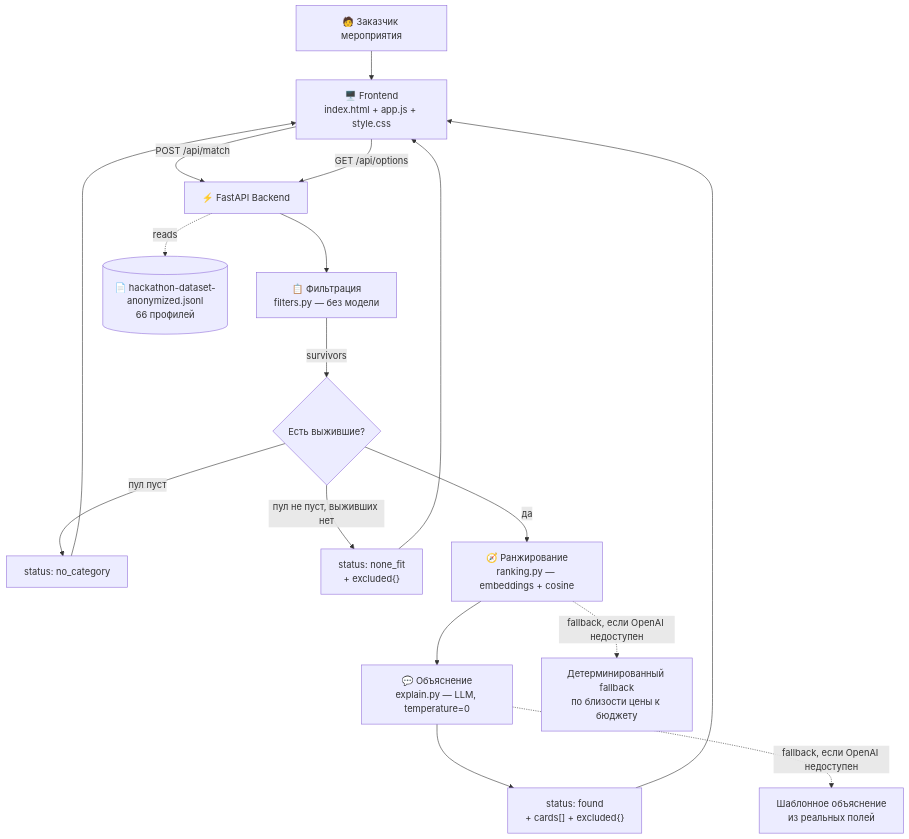
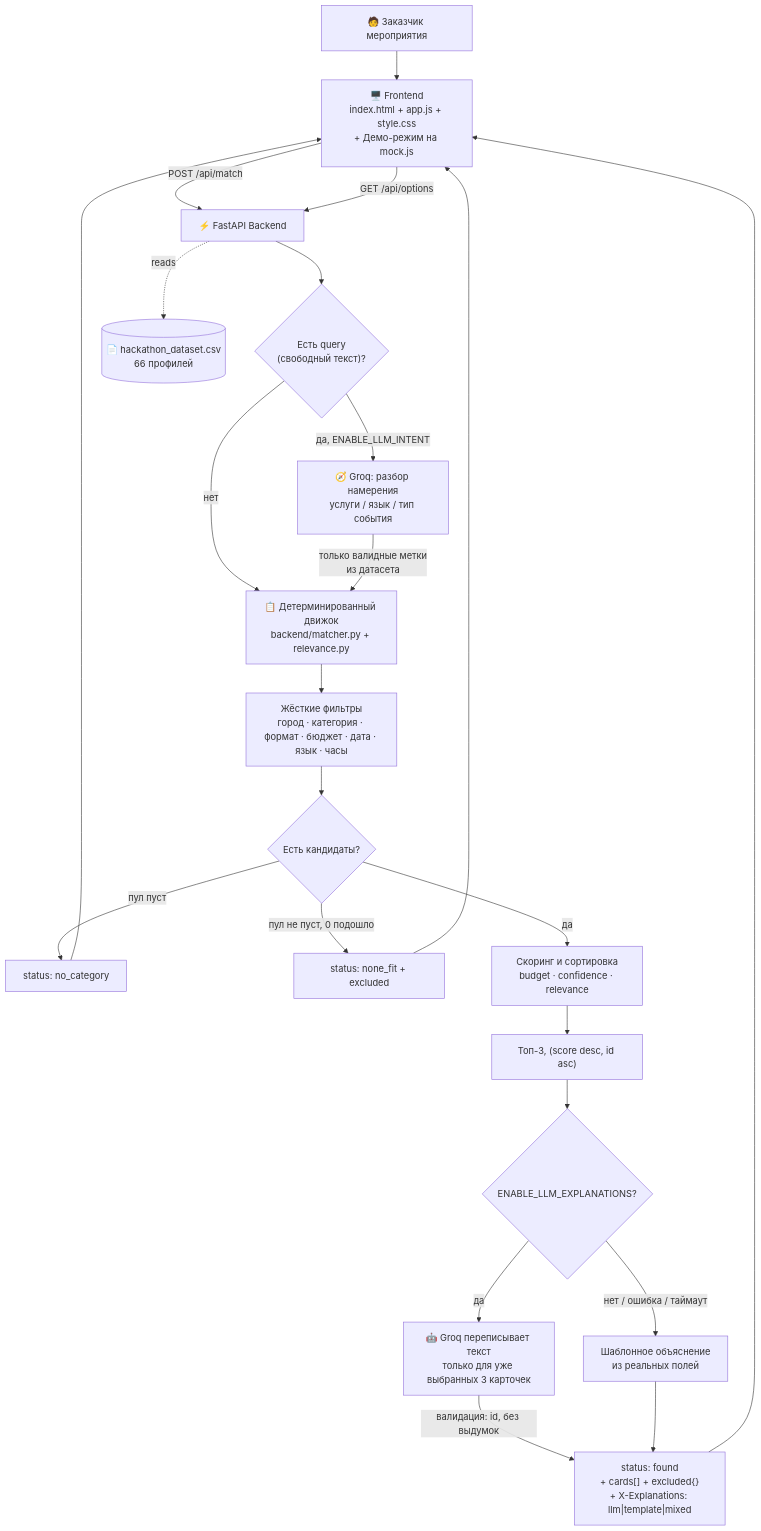
Before and after one commit to BAITC-Hacks/hack-2cc01208-anomaly-detected: the diagram in README.md, drawn with Mermaid. The commit also changed other lines of this file and 8 other files, not shown here.

````diff
--- a/README.md
+++ b/README.md
@@ -69,25 +76,31 @@
 ```mermaid
 flowchart TD
-    U["🧑 Заказчик мероприятия"] --> F["🖥️ Frontend<br/>index.html + app.js + style.css"]
+    U["🧑 Заказчик мероприятия"] --> F["🖥️ Frontend<br/>index.html + app.js + style.css<br/>+ Демо-режим на mock.js"]
     F -->|"POST /api/match"| B["⚡ FastAPI Backend"]
     F -->|"GET /api/options"| B
 
-    B --> D1["📋 Фильтрация<br/>filters.py — без модели"]
-    D1 -->|survivors| D2{"Есть выжившие?"}
+    B --> P{"Есть query<br/>(свободный текст)?"}
+    P -->|"да, ENABLE_LLM_INTENT"| INT["🧭 Groq: разбор намерения<br/>услуги / язык / тип события"]
+    P -->|"нет"| MATCH
+    INT -->|"только валидные метки<br/>из датасета"| MATCH
 
+    MATCH["📋 Детерминированный движок<br/>backend/matcher.py + relevance.py"]
+    MATCH --> D1["Жёсткие фильтры<br/>город · категория · формат · бюджет · дата · язык · часы"]
+    D1 --> D2{"Есть кандидаты?"}
     D2 -->|"пул пуст"| S1["status: no_category"]
-    D2 -->|"пул не пуст, выживших нет"| S2["status: none_fit<br/>+ excluded{}"]
-    D2 -->|"да"| D3["🧭 Ранжирование<br/>ranking.py — embeddings + cosine"]
+    D2 -->|"пул не пуст, 0 подошло"| S2["status: none_fit + excluded"]
+    D2 -->|"да"| RANK["Скоринг и сортировка<br/>budget · confidence · relevance"]
+    RANK --> TOP["Топ-3, (score desc, id asc)"]
 
-    D3 --> D4["💬 Объяснение<br/>explain.py — LLM, temperature=0"]
-    D4 --> S3["status: found<br/>+ cards[] + excluded{}"]
+    TOP --> EXP{"ENABLE_LLM_EXPLANATIONS?"}
+    EXP -->|"да"| GROQ["🤖 Groq переписывает текст<br/>только для уже выбранных 3 карточек"]
+    EXP -->|"нет / ошибка / таймаут"| TMPL["Шаблонное объяснение<br/>из реальных полей"]
+    GROQ -->|"валидация: id, без выдумок"| S3
+    TMPL --> S3["status: found<br/>+ cards[] + excluded{}<br/>+ X-Explanations: llm|template|mixed"]
 
-    B -.reads.-> DATA[("📄 hackathon-dataset-anonymized.jsonl<br/>66 профилей")]
+    B -.reads.-> DATA[("📄 hackathon_dataset.csv<br/>66 профилей")]
 
     S1 --> F
     S2 --> F
     S3 --> F
-
-    D3 -.fallback, если OpenAI недоступен.-> D3F["Детерминированный fallback<br/>по близости цены к бюджету"]
-    D4 -.fallback, если OpenAI недоступен.-> D4F["Шаблонное объяснение<br/>из реальных полей"]
 ```
````
